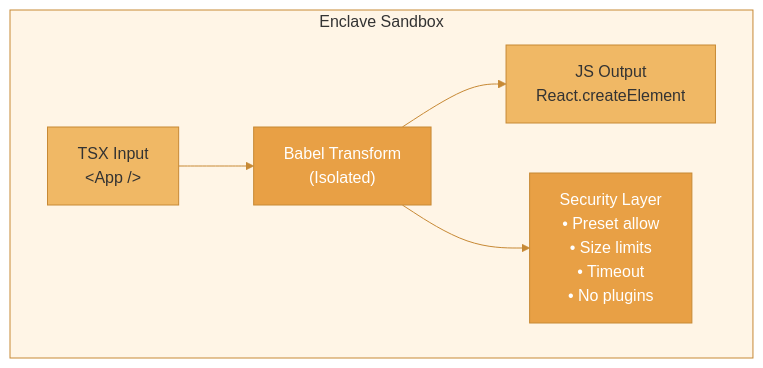
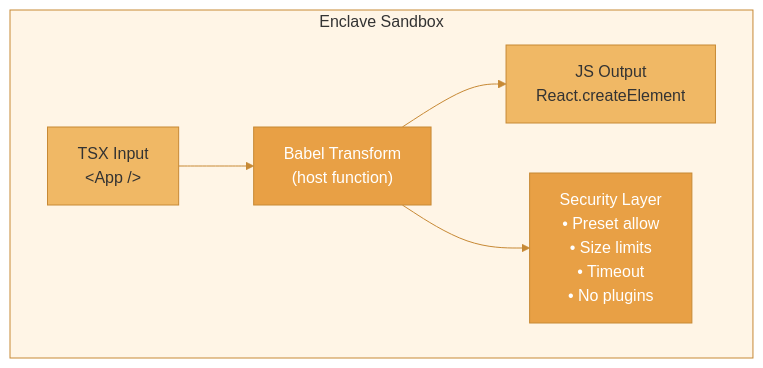
Before and after one commit to agentfront/enclave: the diagram in docs/enclave/core-libraries/enclave-vm/babel-transform.mdx, drawn with Mermaid. The commit also changed other lines of this file and 11 other files, not shown here.

````diff
--- a/docs/enclave/core-libraries/enclave-vm/babel-transform.mdx
+++ b/docs/enclave/core-libraries/enclave-vm/babel-transform.mdx
@@ -10,14 +10,14 @@
 ```mermaid
 %%{init: {'theme': 'base', 'themeVariables': { 'primaryColor': '#e8a045', 'primaryTextColor': '#fff', 'primaryBorderColor': '#c78935', 'lineColor': '#c78935', 'secondaryColor': '#f0b865', 'tertiaryColor': '#fff5e6'}}}%%
 flowchart TB
     subgraph sandbox["Enclave Sandbox"]
-        TSX["TSX Input<br/>&lt;App /&gt;"] --> Babel["Babel Transform<br/>(Isolated)"]
+        TSX["TSX Input<br/>&lt;App /&gt;"] --> Babel["Babel Transform<br/>(host function)"]
         Babel --> JS["JS Output<br/>React.createElement"]
         Babel --> Security["Security Layer<br/>• Preset allow<br/>• Size limits<br/>• Timeout<br/>• No plugins"]
     end
     style sandbox fill:#fff5e6,stroke:#c78935,color:#333
     style TSX fill:#f0b865,stroke:#c78935,color:#333
     style Babel fill:#e8a045,stroke:#c78935,color:#fff
     style JS fill:#f0b865,stroke:#c78935,color:#333
     style Security fill:#e8a045,stroke:#c78935,color:#fff
 ```
````
